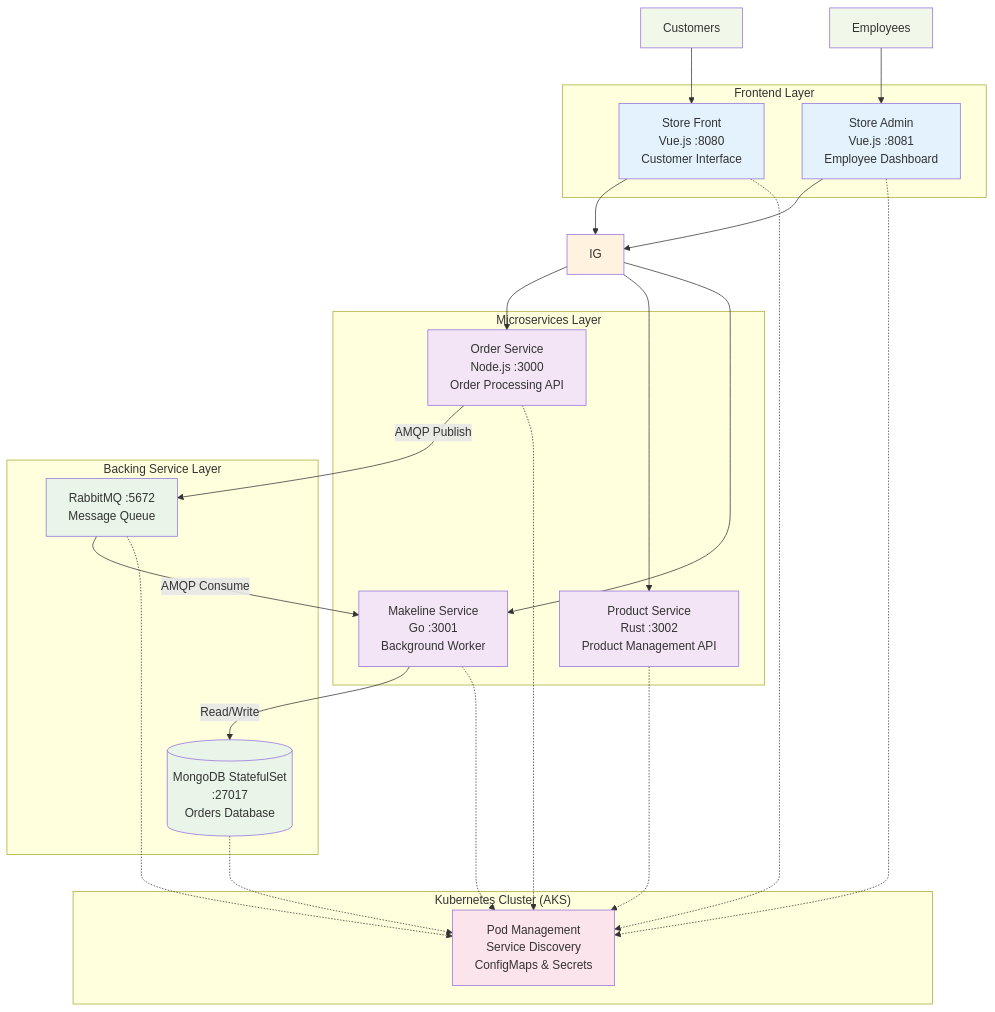
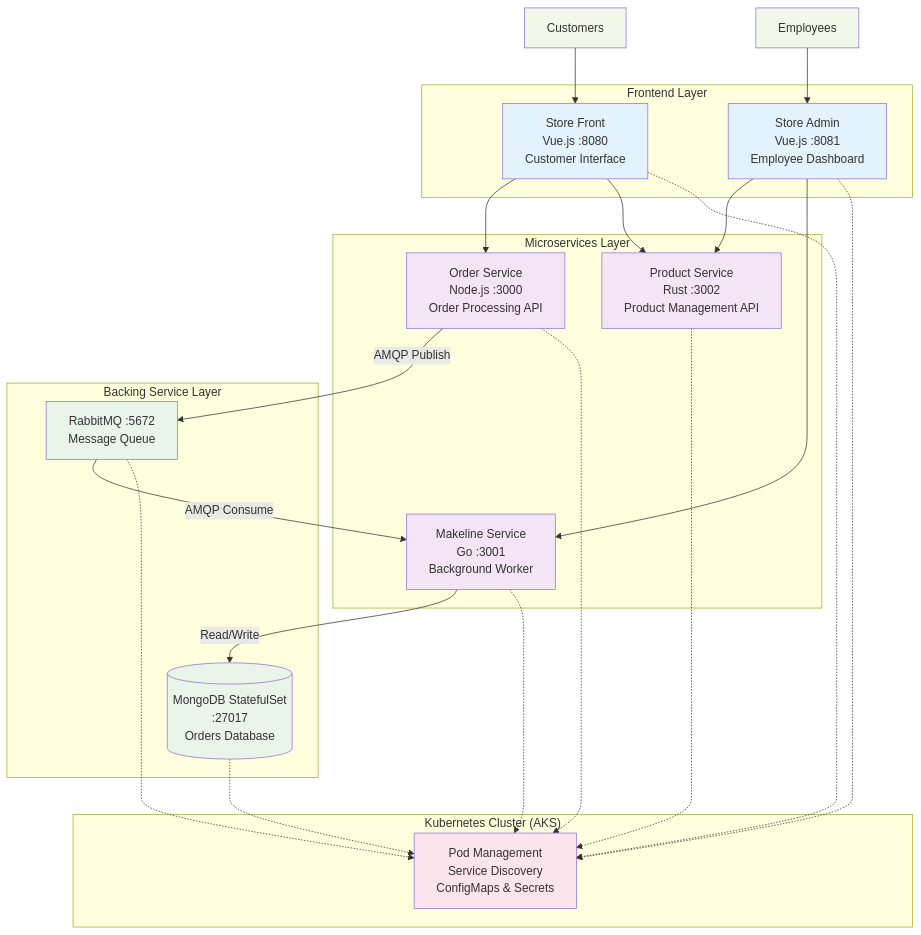
Before and after one commit to CoreyCauterize/CST8915-Final-Project: the diagram in README.md, drawn with Mermaid. The commit also changed other lines of this file, not shown here.

Commit message:
focus on aks for load balancer

````diff
--- a/README.md
+++ b/README.md
@@ -7,64 +7,60 @@
 ```mermaid
 graph TB
     subgraph "Frontend Layer"
         SF[Store Front<br/>Vue.js :8080<br/>Customer Interface]
         SA[Store Admin<br/>Vue.js :8081<br/>Employee Dashboard]
     end
 
     subgraph "Microservices Layer"
         OS[Order Service<br/>Node.js :3000<br/>Order Processing API]
         PS[Product Service<br/>Rust :3002<br/>Product Management API]
         MS[Makeline Service<br/>Go :3001<br/>Background Worker]
     end
     
     subgraph "Backing Service Layer"
         RMQ[RabbitMQ :5672<br/>Message Queue]
         DB[(MongoDB StatefulSet<br/>:27017<br/>Orders Database)]
     end
     
     subgraph "Kubernetes Cluster (AKS)"
         KUBE[Pod Management<br/>Service Discovery<br/>ConfigMaps & Secrets]
     end
     
     %% User interactions
     CUST[Customers] --> SF
     EMP[Employees] --> SA
     
-    %% Frontend to Gateway
-    SF --> IG
-    SA --> IG
-    
-    %% Gateway to Services
-    IG --> OS
-    IG --> PS
-    IG --> MS
+    %% Frontend to Backend Services
+    SF --> OS
+    SF --> PS
+    SA --> PS
+    SA --> MS
     
     %% Service Communication
     OS -->|AMQP Publish| RMQ
     RMQ -->|AMQP Consume| MS
     MS -->|Read/Write| DB
     
     %% All services managed by Kubernetes
     OS -.-> KUBE
     PS -.-> KUBE
     MS -.-> KUBE
     SF -.-> KUBE
     SA -.-> KUBE
     RMQ -.-> KUBE
     DB -.-> KUBE
     
     %% Styling
     classDef frontend fill:#e3f2fd
     classDef gateway fill:#fff3e0  
     classDef backend fill:#f3e5f5
     classDef infra fill:#e8f5e8
     classDef k8s fill:#fce4ec
     classDef users fill:#f1f8e9
     
     class SF,SA frontend
-    class IG gateway
     class OS,PS,MS backend
     class RMQ,DB infra
     class KUBE k8s
     class CUST,EMP users
 ```
````
